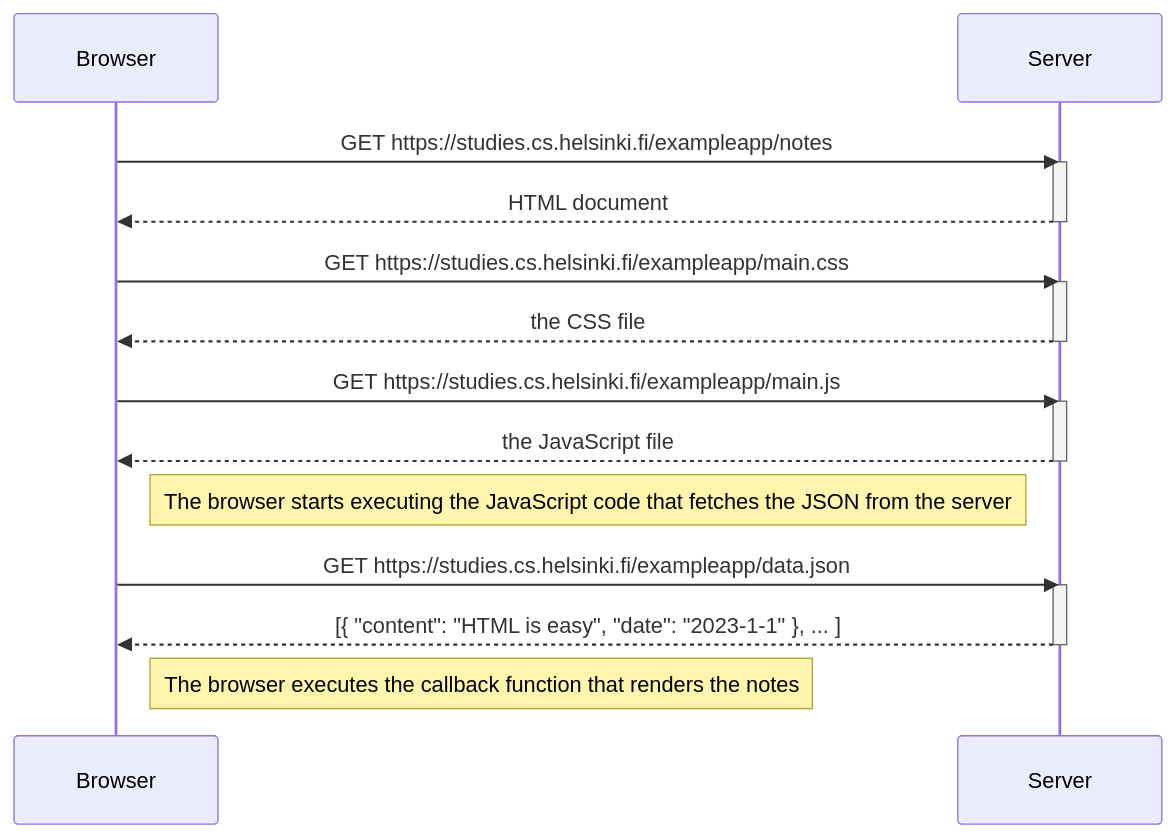
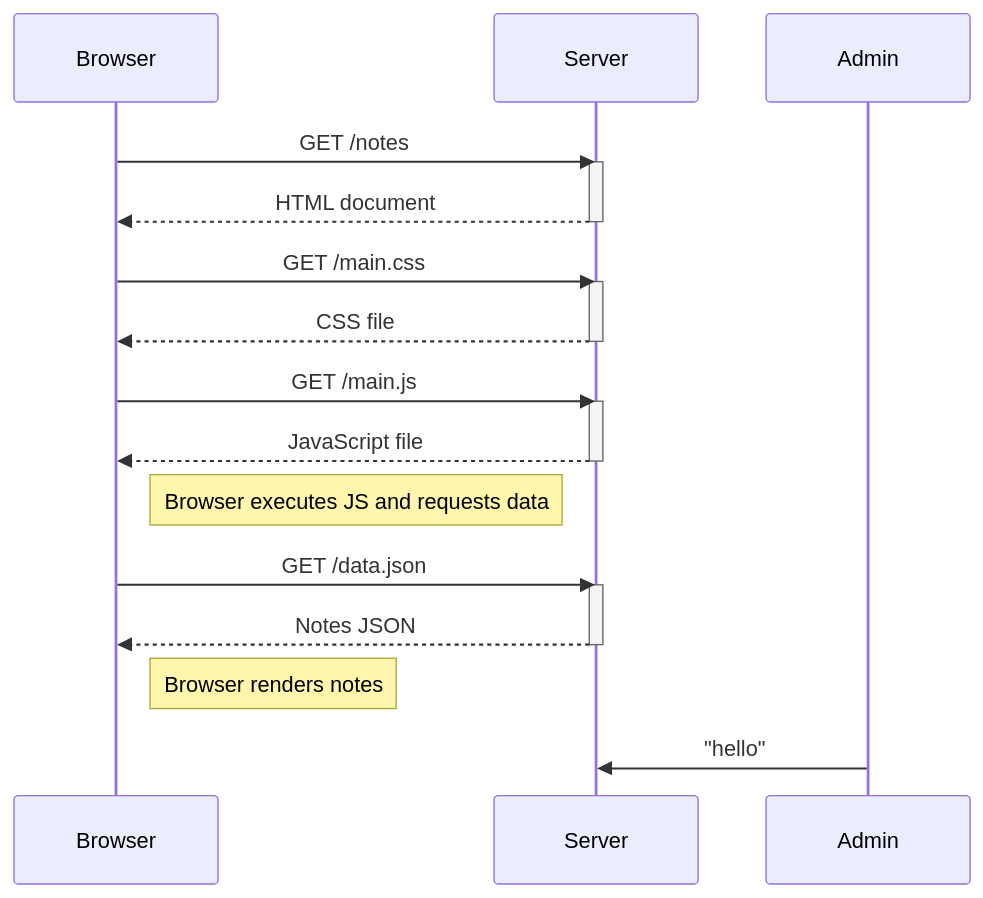
One commit to rounakvats84/fullstackopen changed the diagram in part0/0.4.md. Above: the diagram before and after it, drawn with Mermaid.

````diff
--- a/part0/0.4.md
+++ b/part0/0.4.md
@@ -1,29 +1,34 @@
 ```mermaid
 sequenceDiagram
     participant Browser
     participant Server
+    participant Admin
 
-    Browser->>Server: GET https://studies.cs.helsinki.fi/exampleapp/notes
+    Browser->>Server: GET /notes
     activate Server
     Server-->>Browser: HTML document
     deactivate Server
 
-    Browser->>Server: GET https://studies.cs.helsinki.fi/exampleapp/main.css
+    Browser->>Server: GET /main.css
     activate Server
-    Server-->>Browser: the CSS file
+    Server-->>Browser: CSS file
     deactivate Server
 
-    Browser->>Server: GET https://studies.cs.helsinki.fi/exampleapp/main.js
+    Browser->>Server: GET /main.js
     activate Server
-    Server-->>Browser: the JavaScript file
+    Server-->>Browser: JavaScript file
     deactivate Server
 
-    Note right of Browser: The browser starts executing the JavaScript code that fetches the JSON from the server
+    Note right of Browser: Browser executes JS and requests data
 
-    Browser->>Server: GET https://studies.cs.helsinki.fi/exampleapp/data.json
+    Browser->>Server: GET /data.json
     activate Server
-    Server-->>Browser: [{ "content": "HTML is easy", "date": "2023-1-1" }, ... ]
+    Server-->>Browser: Notes JSON
     deactivate Server
 
-    Note right of Browser: The browser executes the callback function that renders the notes
+    Note right of Browser: Browser renders notes
+
+    %% Admin sends message
+    Admin->>Server: "hello"
+
 ```
````
